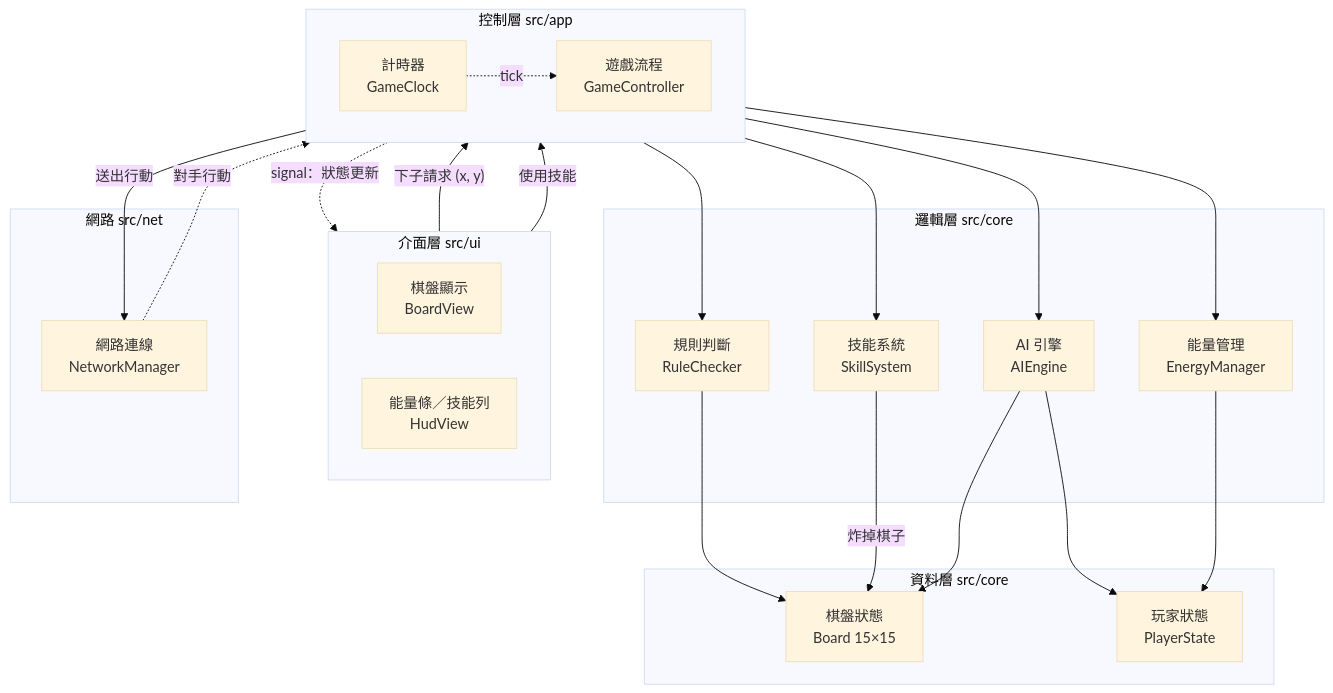
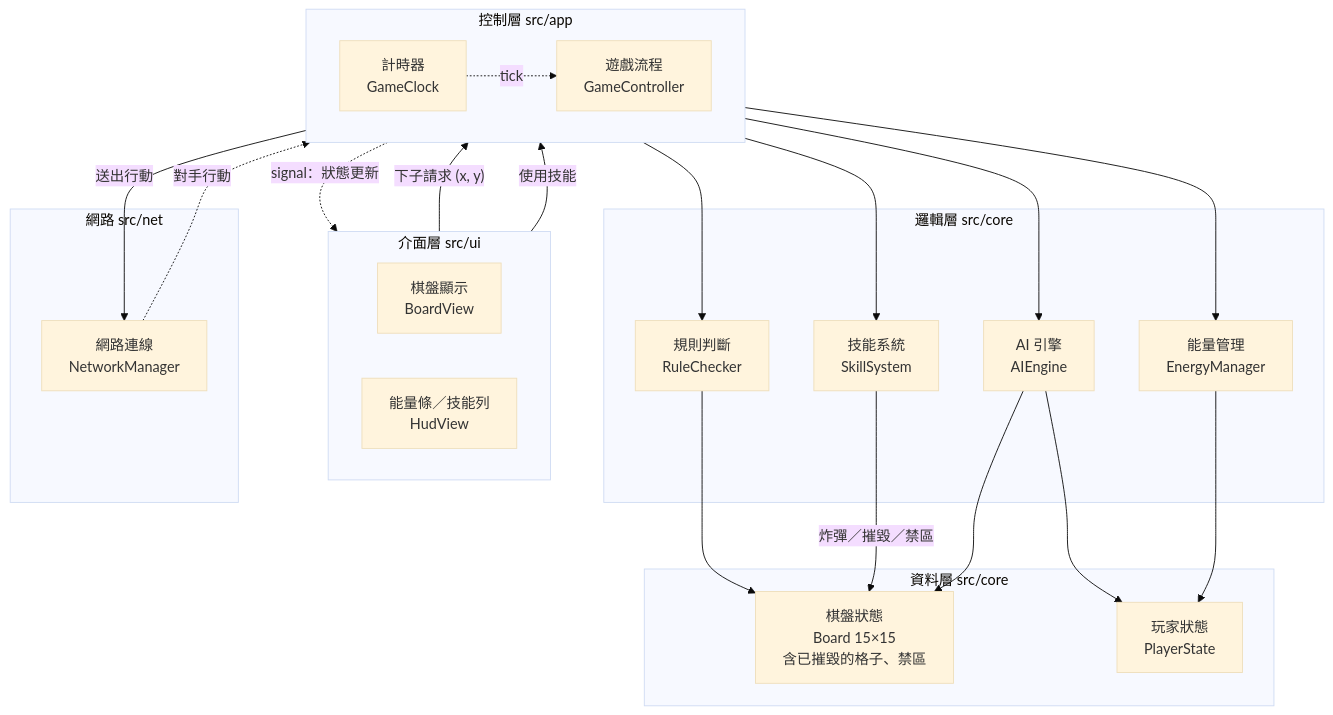
One commit to i0cRAY/gomoku_new changed the first of 2 diagrams in docs/design.md. Above: the diagram before and after it, drawn with Mermaid (base theme). The commit also changed other lines of this file and 3 other files, not shown here.

````diff
--- a/docs/design.md
+++ b/docs/design.md
@@ -21,43 +21,43 @@
 ```mermaid
 %%{init: {"flowchart": {"useMaxWidth": true}}}%%
 flowchart TD
     subgraph UI[介面層 src/ui]
         direction LR
         View[棋盤顯示<br/>BoardView]
         HUD[能量條／技能列<br/>HudView]
     end
     subgraph CTRL[控制層 src/app]
         direction LR
         Clock[計時器<br/>GameClock]
         GC[遊戲流程<br/>GameController]
     end
     subgraph LOGIC[邏輯層 src/core]
         Rule[規則判斷<br/>RuleChecker]
         Energy[能量管理<br/>EnergyManager]
         Skill[技能系統<br/>SkillSystem]
         AI[AI 引擎<br/>AIEngine]
     end
     subgraph NET[網路 src/net]
         Net[網路連線<br/>NetworkManager]
     end
     subgraph DATA[資料層 src/core]
-        Board[棋盤狀態<br/>Board 15×15]
+        Board[棋盤狀態<br/>Board 15×15<br/>含已摧毀的格子、禁區]
         PS[玩家狀態<br/>PlayerState]
     end
 
     View -->|"下子請求 (x, y)"| GC
     HUD -->|使用技能| GC
     GC -.->|"signal：狀態更新"| UI
     Clock -.->|tick| GC
     GC --> Rule
     GC --> Energy
     GC --> Skill
     GC --> AI
     GC -->|送出行動| Net
     Net -.->|對手行動| GC
     Rule --> Board
-    Skill -->|炸掉棋子| Board
+    Skill -->|炸彈／摧毀／禁區| Board
     AI --> Board
     AI --> PS
     Energy --> PS
 ```
````
